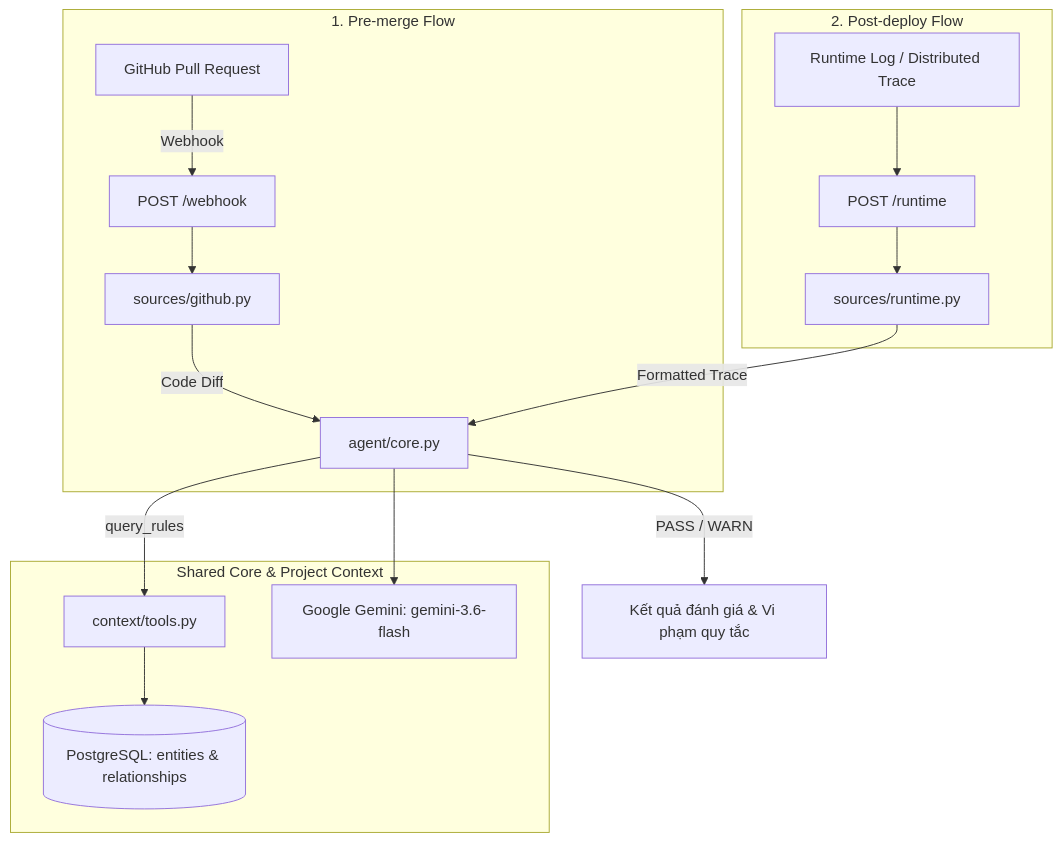
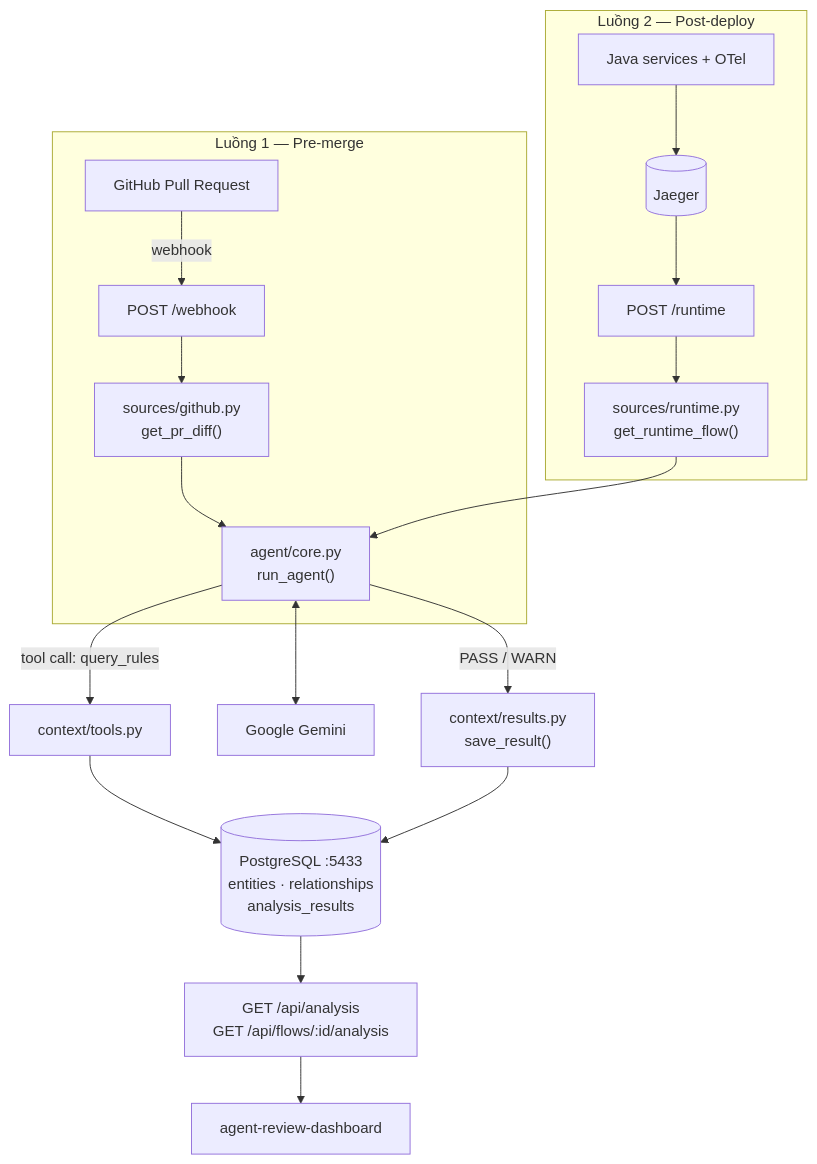
Before and after one commit to talent-vds-global/agent-review: the diagram in README.md, drawn with Mermaid. The commit also changed other lines of this file and 1 other file, not shown here.

````diff
--- a/README.md
+++ b/README.md
@@ -9,22 +22,23 @@
 ```mermaid
 graph TD
-    subgraph Pre-merge [1. Pre-merge Flow]
-        PR[GitHub Pull Request] -->|Webhook| WH[POST /webhook]
-        WH --> GH[sources/github.py]
-        GH -->|Code Diff| CORE[agent/core.py]
+    subgraph PreMerge["Luồng 1 — Pre-merge"]
+        PR[GitHub Pull Request] -->|webhook| WH["POST /webhook"]
+        WH --> GH["sources/github.py<br/>get_pr_diff()"]
+        GH --> CORE
     end
 
-    subgraph Post-deploy [2. Post-deploy Flow]
-        LOG[Runtime Log / Distributed Trace] --> RT[POST /runtime]
-        RT --> PS[sources/runtime.py]
-        PS -->|Formatted Trace| CORE
+    subgraph PostDeploy["Luồng 2 — Post-deploy"]
+        APP[Java services + OTel] --> JG[(Jaeger)]
+        JG --> RT["POST /runtime"]
+        RT --> PS["sources/runtime.py<br/>get_runtime_flow()"]
+        PS --> CORE
     end
 
-    subgraph Core & Context [Shared Core & Project Context]
-        CORE -->|query_rules| TOOLS[context/tools.py]
-        TOOLS --> DB[(PostgreSQL: entities & relationships)]
-        CORE --> LLM[Google Gemini: gemini-3.6-flash]
-    end
-
-    CORE -->|PASS / WARN| OUT[Kết quả đánh giá & Vi phạm quy tắc]
+    CORE["agent/core.py<br/>run_agent()"] -->|tool call: query_rules| TOOLS["context/tools.py"]
+    TOOLS --> DB[("PostgreSQL :5433<br/>entities · relationships<br/>analysis_results")]
+    CORE <--> LLM["Google Gemini"]
+    CORE -->|PASS / WARN| SAVE["context/results.py<br/>save_result()"]
+    SAVE --> DB
+    DB --> API["GET /api/analysis<br/>GET /api/flows/:id/analysis"]
+    API --> UI["agent-review-dashboard"]
 ```
````
